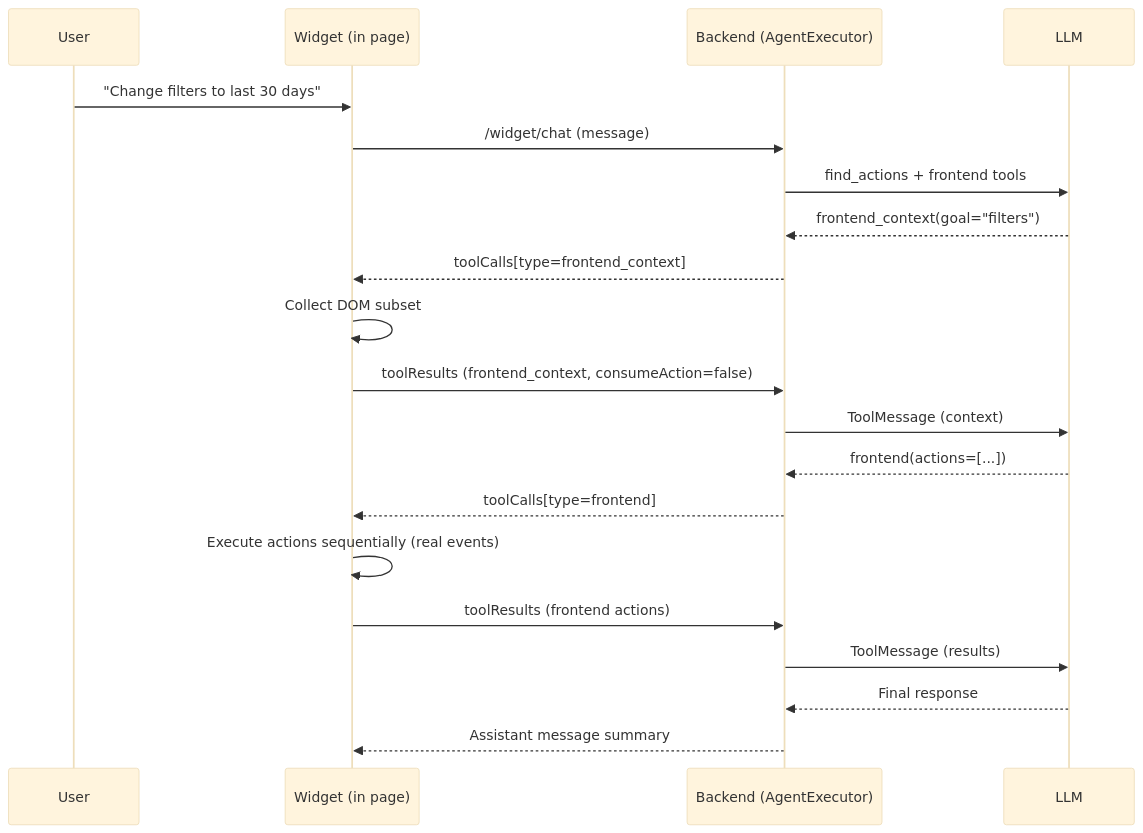
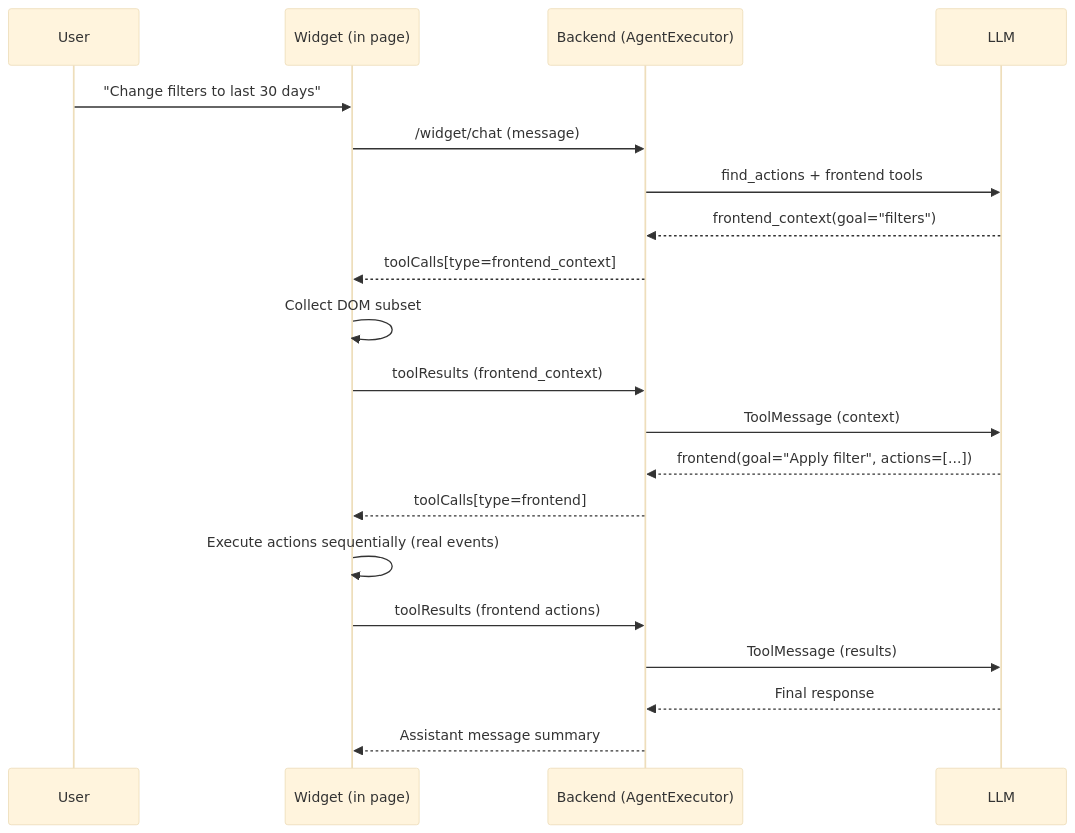
One commit to mostafasudo/warpy changed the first of 2 diagrams in docs/frontend-agent.md. Above: the diagram before and after it, drawn with Mermaid (base theme). The commit also changed other lines of this file and 13 other files, not shown here.

Commit message:
feat: Add frontend action support to conversation actions with new schema and service methods

````diff
--- a/docs/frontend-agent.md
+++ b/docs/frontend-agent.md
@@ -19,23 +21,23 @@
 ```mermaid
 sequenceDiagram
   participant U as User
   participant W as Widget (in page)
   participant B as Backend (AgentExecutor)
   participant L as LLM
 
   U->>W: "Change filters to last 30 days"
   W->>B: /widget/chat (message)
   B->>L: find_actions + frontend tools
   L-->>B: frontend_context(goal="filters")
   B-->>W: toolCalls[type=frontend_context]
   W->>W: Collect DOM subset
-  W->>B: toolResults (frontend_context, consumeAction=false)
+  W->>B: toolResults (frontend_context)
   B->>L: ToolMessage (context)
-  L-->>B: frontend(actions=[...])
+  L-->>B: frontend(goal="Apply filter", actions=[...])
   B-->>W: toolCalls[type=frontend]
   W->>W: Execute actions sequentially (real events)
   W->>B: toolResults (frontend actions)
   B->>L: ToolMessage (results)
   L-->>B: Final response
   B-->>W: Assistant message summary
 ```
````
